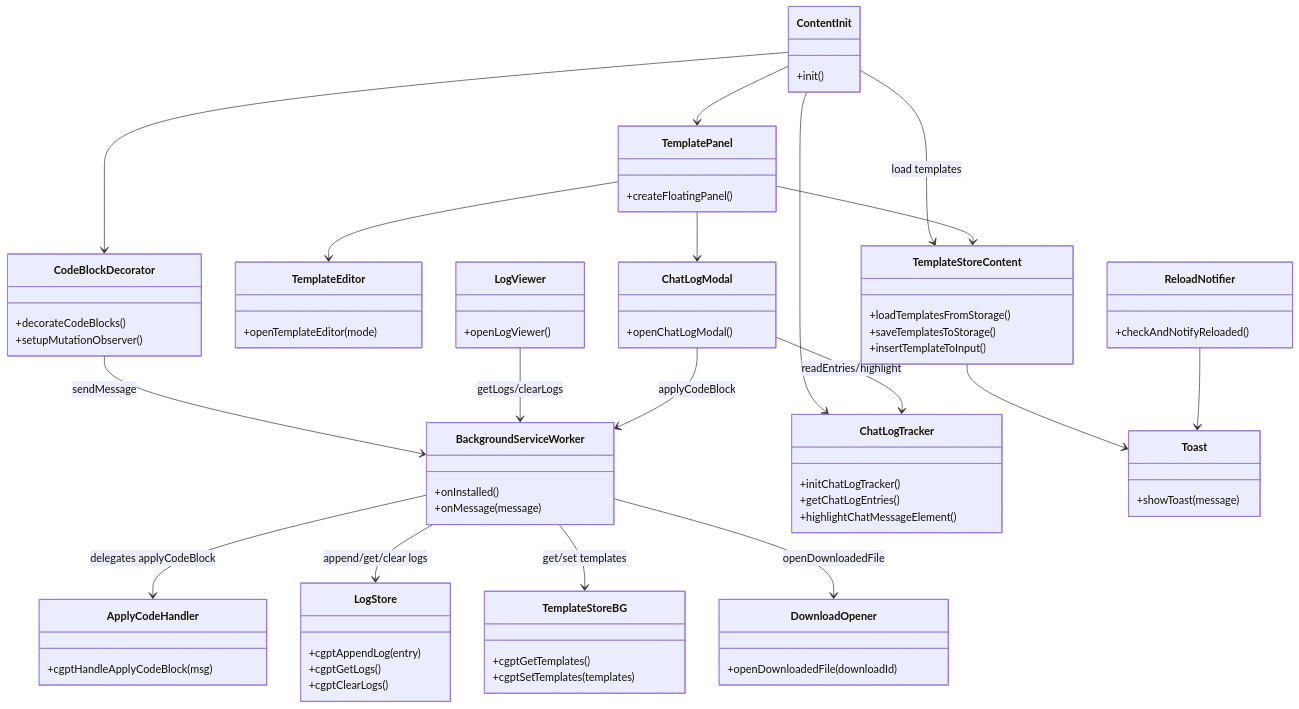
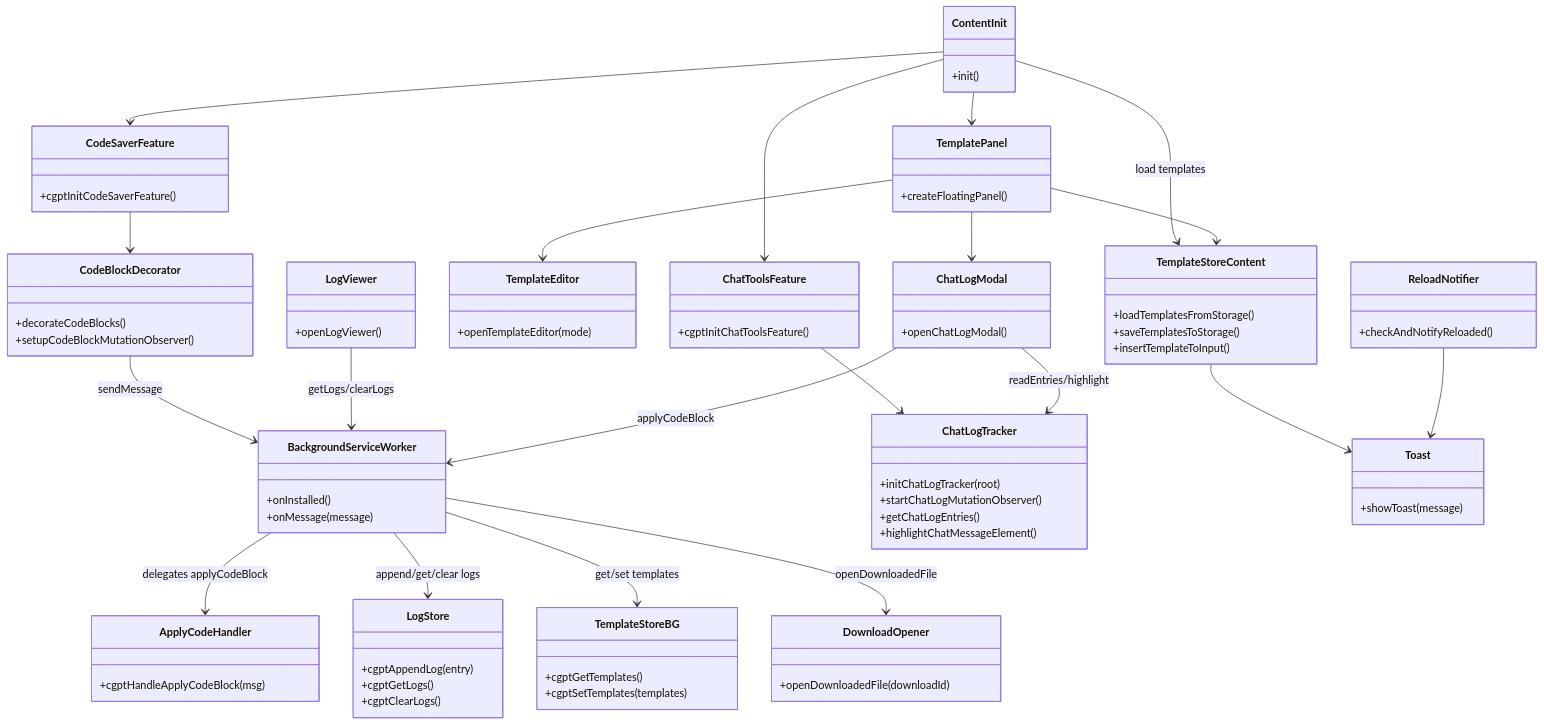
The diagram in DEVELOPERS.md (Kaz0321/chatgpt-code-saver), drawn with Mermaid before and after one commit. The commit also changed other lines of this file and 34 other files, not shown here.

```diff
--- a/DEVELOPERS.md
+++ b/DEVELOPERS.md
@@ -68,6 +68,12 @@
     class ContentInit {
       +init()
     }
+    class CodeSaverFeature {
+      +cgptInitCodeSaverFeature()
+    }
+    class ChatToolsFeature {
+      +cgptInitChatToolsFeature()
+    }
     class TemplateStoreContent {
       +loadTemplatesFromStorage()
       +saveTemplatesToStorage()
@@ -81,13 +87,14 @@
     }
     class CodeBlockDecorator {
       +decorateCodeBlocks()
-      +setupMutationObserver()
+      +setupCodeBlockMutationObserver()
     }
     class LogViewer {
       +openLogViewer()
     }
     class ChatLogTracker {
-      +initChatLogTracker()
+      +initChatLogTracker(root)
+      +startChatLogMutationObserver()
       +getChatLogEntries()
       +highlightChatMessageElement()
     }
@@ -107,8 +114,10 @@
     BackgroundServiceWorker --> DownloadOpener : openDownloadedFile
     ContentInit --> TemplateStoreContent : load templates
     ContentInit --> TemplatePanel
-    ContentInit --> CodeBlockDecorator
-    ContentInit --> ChatLogTracker
+    ContentInit --> CodeSaverFeature
+    ContentInit --> ChatToolsFeature
+    CodeSaverFeature --> CodeBlockDecorator
+    ChatToolsFeature --> ChatLogTracker
     TemplatePanel --> TemplateEditor
     TemplatePanel --> TemplateStoreContent
     TemplatePanel --> ChatLogModal
```
